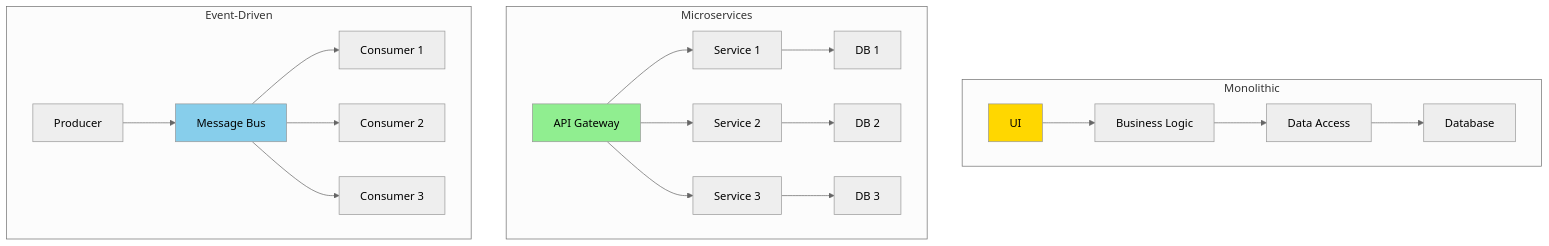
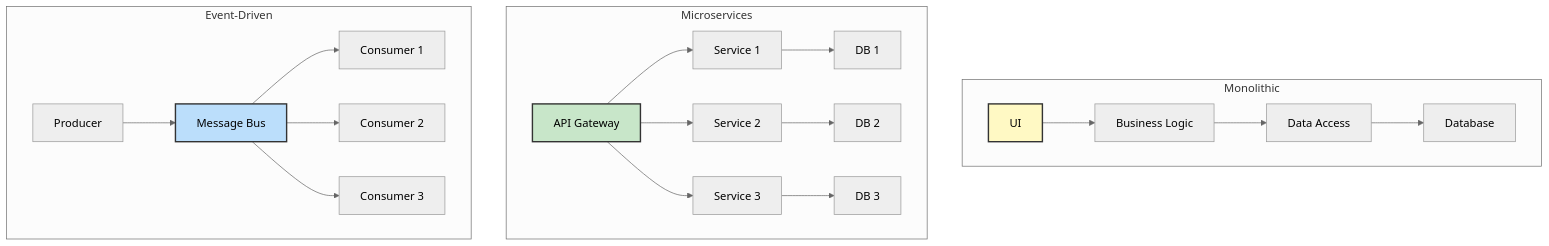
One commit to NguyenPhamCode4You/ai-home-lab-docker-compose changed the second of 3 diagrams in C# fundamentals/day14-interview-prep.md. Above: the diagram before and after it, drawn with Mermaid (neutral theme). The commit also changed other lines of this file and 10 other files, not shown here.

````diff
--- a/C# fundamentals/day14-interview-prep.md
+++ b/C# fundamentals/day14-interview-prep.md
@@ -41,28 +41,28 @@
 ```mermaid
 graph TB
     subgraph "Monolithic"
         A1[UI] --> B1[Business Logic]
         B1 --> C1[Data Access]
         C1 --> D1[Database]
     end
 
     subgraph "Microservices"
         A2[API Gateway] --> B2[Service 1]
         A2 --> C2[Service 2]
         A2 --> D2[Service 3]
         B2 --> E2[DB 1]
         C2 --> F2[DB 2]
         D2 --> G2[DB 3]
     end
 
     subgraph "Event-Driven"
         A3[Producer] --> B3[Message Bus]
         B3 --> C3[Consumer 1]
         B3 --> D3[Consumer 2]
         B3 --> E3[Consumer 3]
     end
 
-    style A1 fill:#FFD700
-    style A2 fill:#90EE90
-    style B3 fill:#87CEEB
+    style A1 fill:#fff9c4,stroke:#333,stroke-width:2px
+    style A2 fill:#c8e6c9,stroke:#333,stroke-width:2px
+    style B3 fill:#bbdefb,stroke:#333,stroke-width:2px
 ```
````
